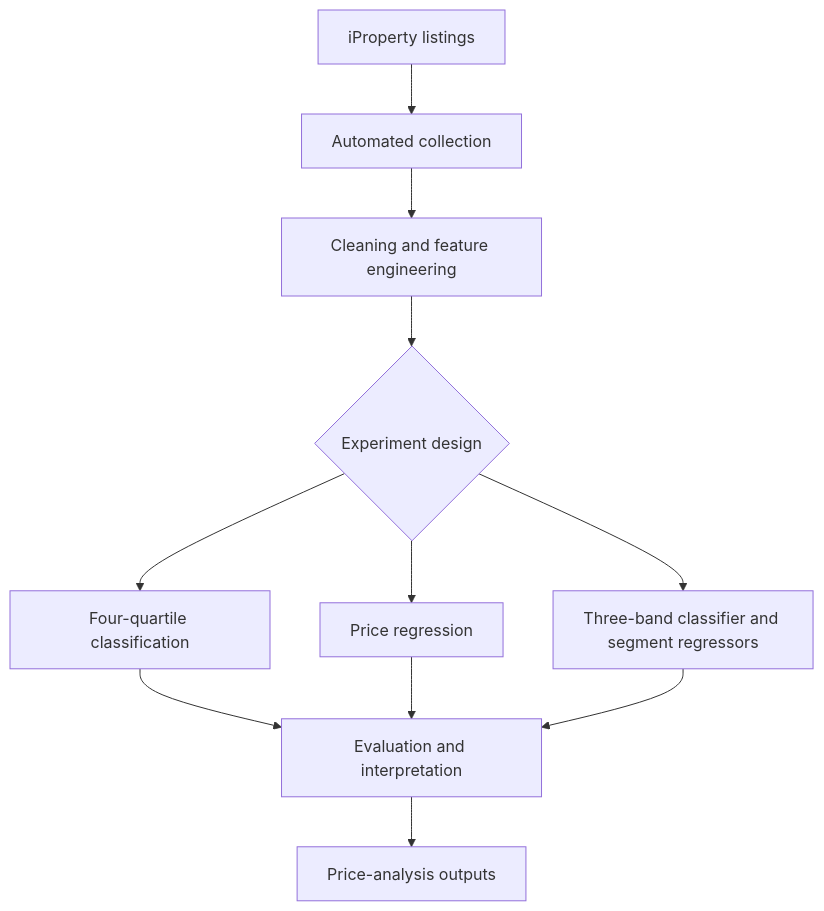
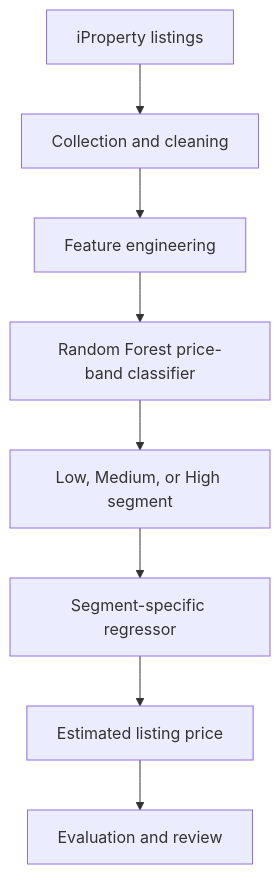
Before and after one commit to azlinaaaa/House-Price-Prediction-Using-Machine-Learning: the diagram in README.md, drawn with Mermaid. The commit also changed other lines of this file, not shown here.

````diff
--- a/README.md
+++ b/README.md
@@ -104,13 +74,10 @@
 ```mermaid
 flowchart TD
-    A[iProperty listings] --> B[Automated collection]
-    B --> C[Cleaning and feature engineering]
-    C --> D{Experiment design}
-    D --> E[Four-quartile classification]
-    D --> F[Price regression]
-    D --> G[Three-band classifier and segment regressors]
-    E --> H[Evaluation and interpretation]
-    F --> H
-    G --> H
-    H --> I[Price-analysis outputs]
+    A[iProperty listings] --> B[Collection and cleaning]
+    B --> C[Feature engineering]
+    C --> D[Random Forest price-band classifier]
+    D --> E[Low, Medium, or High segment]
+    E --> F[Segment-specific regressor]
+    F --> G[Estimated listing price]
+    G --> H[Evaluation and review]
 ```
````
